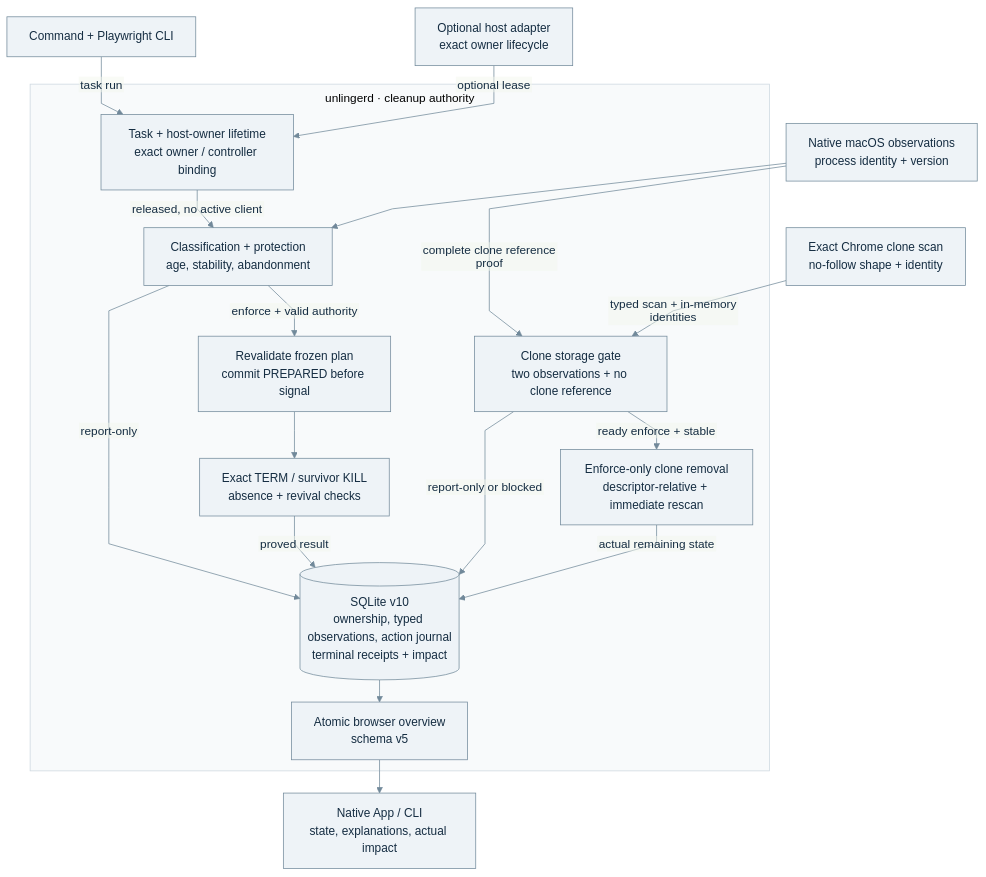
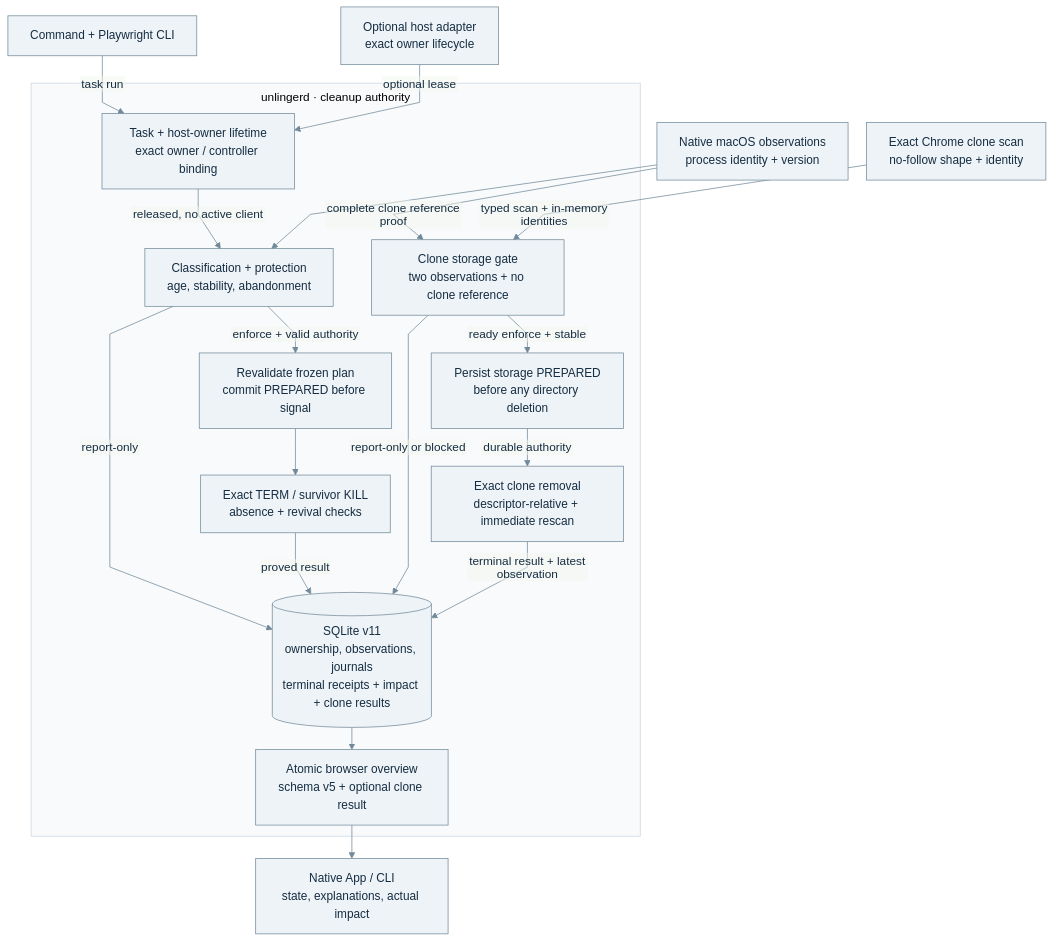
Before and after one commit to IndelibleVivi/unlinger: the diagram in docs/architecture.mmd, drawn with Mermaid. The commit also changed 47 other files, not shown here.

Commit message:
add durable storage cleanup results

```diff
--- a/docs/architecture.mmd
+++ b/docs/architecture.mmd
@@ -1,32 +1,34 @@
 %% Current source execution map; bilingual evidence map in ARCHITECTURE.md.
 %%{init: {"theme": "base", "fontFamily": "Arial, sans-serif", "themeVariables": {"fontFamily": "Arial, sans-serif", "fontSize": "16px", "primaryColor": "#eef3f7", "primaryTextColor": "#152d42", "primaryBorderColor": "#71899a", "lineColor": "#71899a", "clusterBkg": "#f8fafb", "clusterBorder": "#ccd7df"}, "flowchart": {"htmlLabels": false, "curve": "linear", "nodeSpacing": 25, "rankSpacing": 30, "subGraphTitleMargin": {"top": 8, "bottom": 18}}}}%%
 flowchart TB
   command["Command + Playwright CLI"]
   host["Optional host adapter<br/>exact owner lifecycle"]
   native["Native macOS observations<br/>process identity + version"]
   residue["Exact Chrome clone scan<br/>no-follow shape + identity"]
   subgraph daemon["unlingerd · cleanup authority"]
     lifetime["Task + host-owner lifetime<br/>exact owner / controller binding"]
     gates["Classification + protection<br/>age, stability, abandonment"]
     plan["Revalidate frozen plan<br/>commit PREPARED before signal"]
     proof["Exact TERM / survivor KILL<br/>absence + revival checks"]
     residue_gate["Clone storage gate<br/>two observations + no clone reference"]
-    residue_delete["Enforce-only clone removal<br/>descriptor-relative + immediate rescan"]
-    store[("SQLite v10<br/>ownership, typed observations, action journal<br/>terminal receipts + impact")]
-    overview["Atomic browser overview<br/>schema v5"]
+    residue_prepare["Persist storage PREPARED<br/>before any directory deletion"]
+    residue_delete["Exact clone removal<br/>descriptor-relative + immediate rescan"]
+    store[("SQLite v11<br/>ownership, observations, journals<br/>terminal receipts + impact + clone results")]
+    overview["Atomic browser overview<br/>schema v5 + optional clone result"]
     lifetime -->|released, no active client| gates
     gates -->|report-only| store
     gates -->|enforce + valid authority| plan
     plan --> proof
     proof -->|proved result| store
     residue_gate -->|report-only or blocked| store
-    residue_gate -->|ready enforce + stable| residue_delete
-    residue_delete -->|actual remaining state| store
+    residue_gate -->|ready enforce + stable| residue_prepare
+    residue_prepare -->|durable authority| residue_delete
+    residue_delete -->|terminal result + latest observation| store
     store --> overview
   end
   command -->|task run| lifetime
   host -->|optional lease| lifetime
   native --> gates
   native -->|complete clone reference proof| residue_gate
   residue -->|typed scan + in-memory identities| residue_gate
   overview --> app["Native App / CLI<br/>state, explanations, actual impact"]
```
